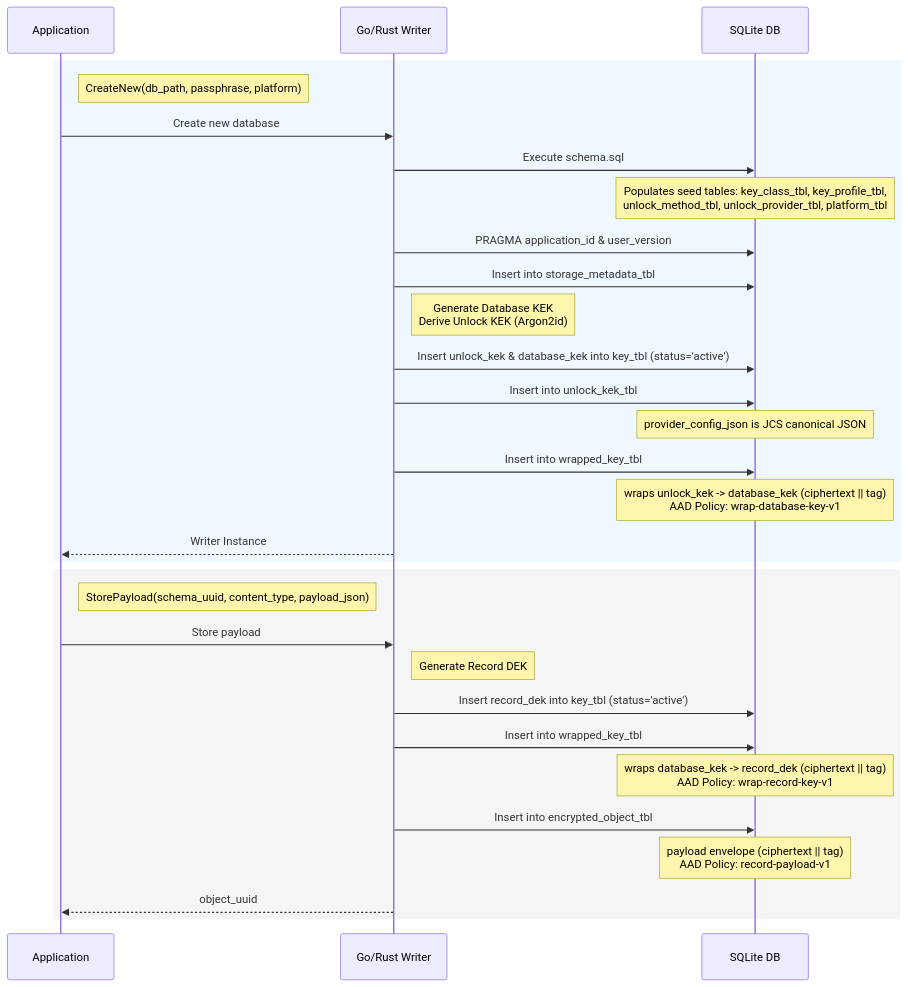
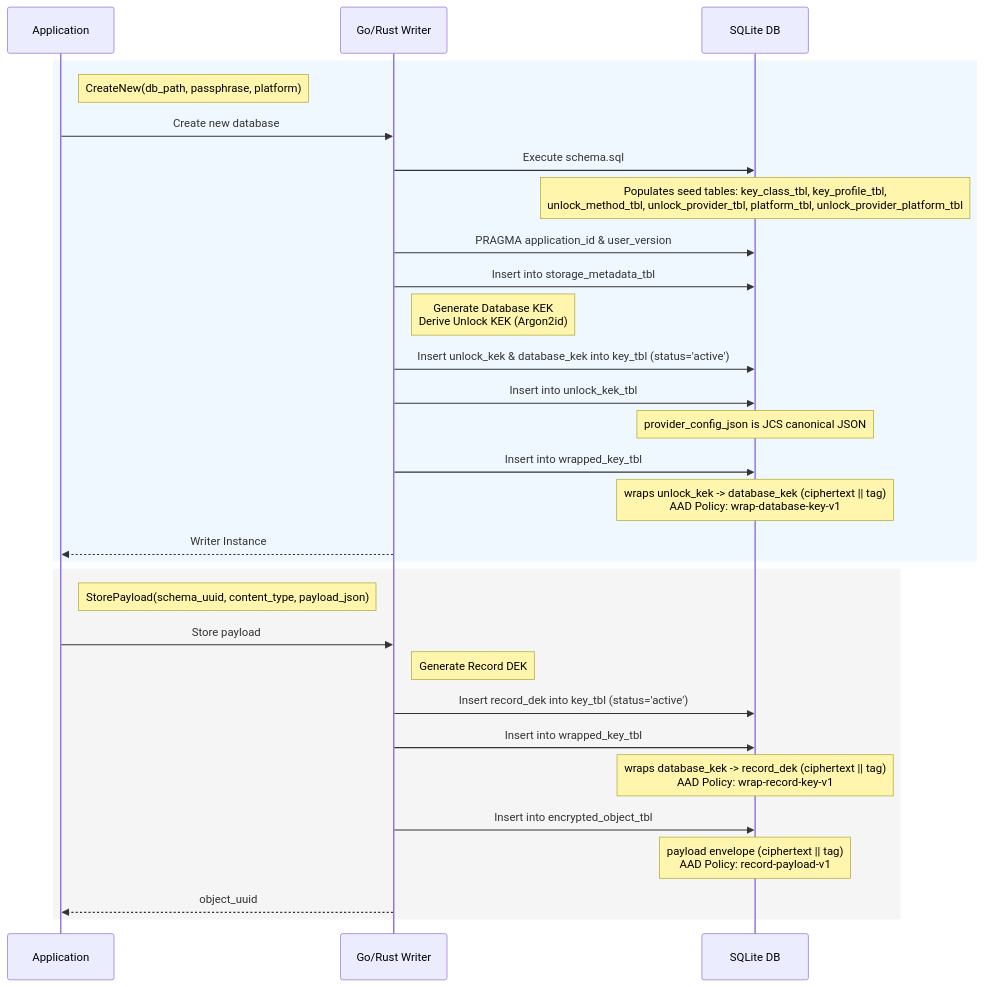
The second of 2 diagrams in docs/database-structure.md (TakashiSasaki/encrypted-database), drawn with Mermaid before and after one commit.

Commit message:
docs: add missing seed table in diagram
Updates the sequence diagram in `docs/database-structure.md` to include `unlock_provider_platform_tbl` for consistency.

````diff
--- a/docs/database-structure.md
+++ b/docs/database-structure.md
@@ -199,36 +199,36 @@
 ```mermaid
 sequenceDiagram
     participant App as Application
     participant Writer as Go/Rust Writer
     participant DB as SQLite DB
 
     %% CreateNew Flow
     rect rgb(240, 248, 255)
         Note right of App: CreateNew(db_path, passphrase, platform)
         App->>Writer: Create new database
         Writer->>DB: Execute schema.sql
-        Note over DB: Populates seed tables: key_class_tbl, key_profile_tbl,<br>unlock_method_tbl, unlock_provider_tbl, platform_tbl
+        Note over DB: Populates seed tables: key_class_tbl, key_profile_tbl,<br>unlock_method_tbl, unlock_provider_tbl, platform_tbl, unlock_provider_platform_tbl
         Writer->>DB: PRAGMA application_id & user_version
         Writer->>DB: Insert into storage_metadata_tbl
         Note right of Writer: Generate Database KEK<br>Derive Unlock KEK (Argon2id)
         Writer->>DB: Insert unlock_kek & database_kek into key_tbl (status='active')
         Writer->>DB: Insert into unlock_kek_tbl
         Note over DB: provider_config_json is JCS canonical JSON
         Writer->>DB: Insert into wrapped_key_tbl
         Note over DB: wraps unlock_kek -> database_kek (ciphertext || tag)<br>AAD Policy: wrap-database-key-v1
         Writer-->>App: Writer Instance
     end
 
     %% StorePayload Flow
     rect rgb(245, 245, 245)
         Note right of App: StorePayload(schema_uuid, content_type, payload_json)
         App->>Writer: Store payload
         Note right of Writer: Generate Record DEK
         Writer->>DB: Insert record_dek into key_tbl (status='active')
         Writer->>DB: Insert into wrapped_key_tbl
         Note over DB: wraps database_kek -> record_dek (ciphertext || tag)<br>AAD Policy: wrap-record-key-v1
         Writer->>DB: Insert into encrypted_object_tbl
         Note over DB: payload envelope (ciphertext || tag)<br>AAD Policy: record-payload-v1
         Writer-->>App: object_uuid
     end
 ```
````
